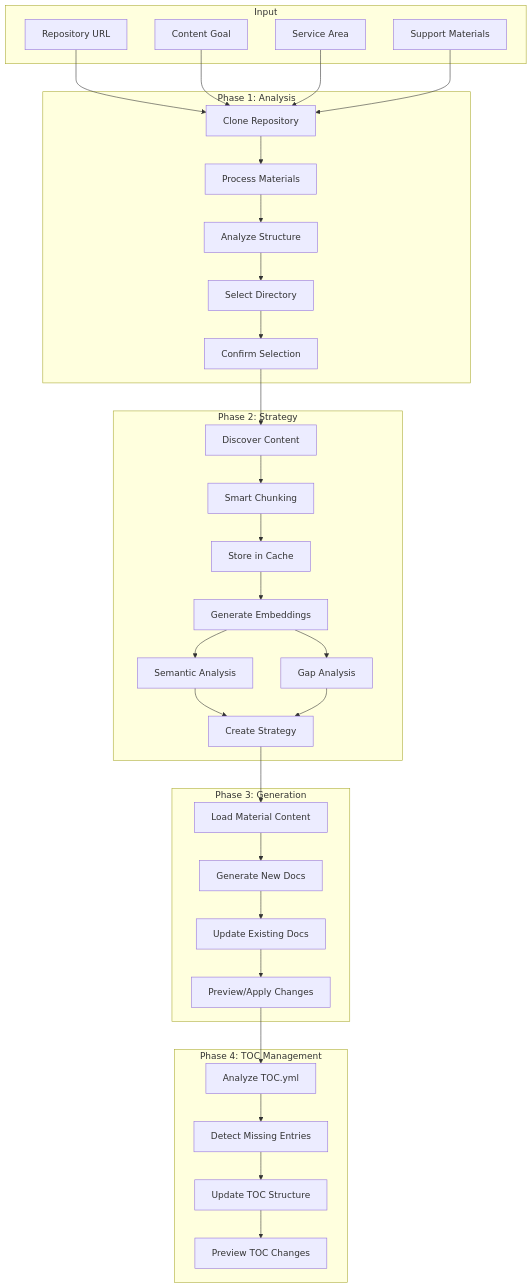
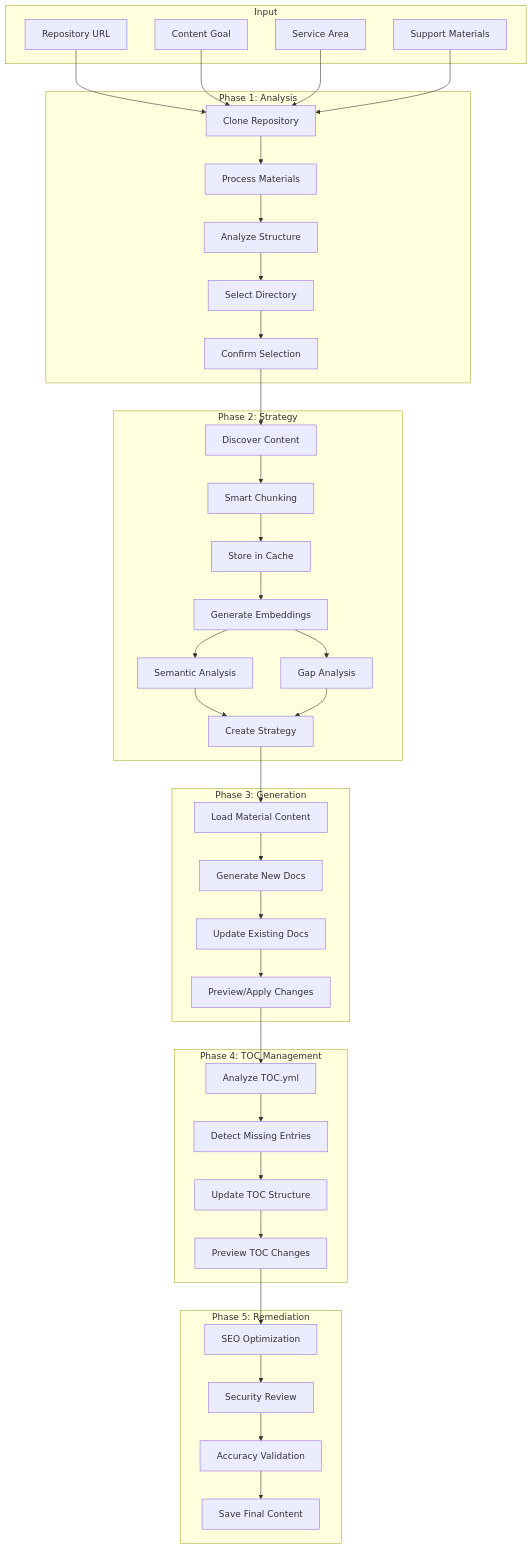
The first of 3 diagrams in README.md (mrcloudchase/AI-CONTENT-DEVELOPER), drawn with Mermaid before and after one commit. The commit also changed other lines of this file and 73 other files, not shown here.

````diff
--- a/README.md
+++ b/README.md
@@ -20,50 +20,58 @@
 ```mermaid
 flowchart TB
     subgraph Input
         A[Repository URL] 
         B[Content Goal]
         C[Service Area]
         D[Support Materials]
     end
     
     subgraph "Phase 1: Analysis"
         E[Clone Repository]
         F[Process Materials]
         G[Analyze Structure]
         H[Select Directory]
         I[Confirm Selection]
     end
     
     subgraph "Phase 2: Strategy"
         J[Discover Content]
         K[Smart Chunking]
         L[Store in Cache]
         M[Generate Embeddings]
         N[Semantic Analysis]
         O[Gap Analysis]
         P[Create Strategy]
     end
     
     subgraph "Phase 3: Generation"
         Q[Load Material Content]
         R[Generate New Docs]
         S[Update Existing Docs]
         T[Preview/Apply Changes]
     end
     
     subgraph "Phase 4: TOC Management"
         U[Analyze TOC.yml]
         V[Detect Missing Entries]
         W[Update TOC Structure]
         X[Preview TOC Changes]
     end
     
+    subgraph "Phase 5: Remediation"
+        Y[SEO Optimization]
+        Z[Security Review]
+        AA[Accuracy Validation]
+        AB[Save Final Content]
+    end
+    
     A & B & C & D --> E
     E --> F --> G
     G --> H --> I
     I --> J --> K
     K --> L --> M --> N & O
     N & O --> P
     P --> Q --> R --> S --> T
     T --> U --> V --> W --> X
+    X --> Y --> Z --> AA --> AB
 ```
````
